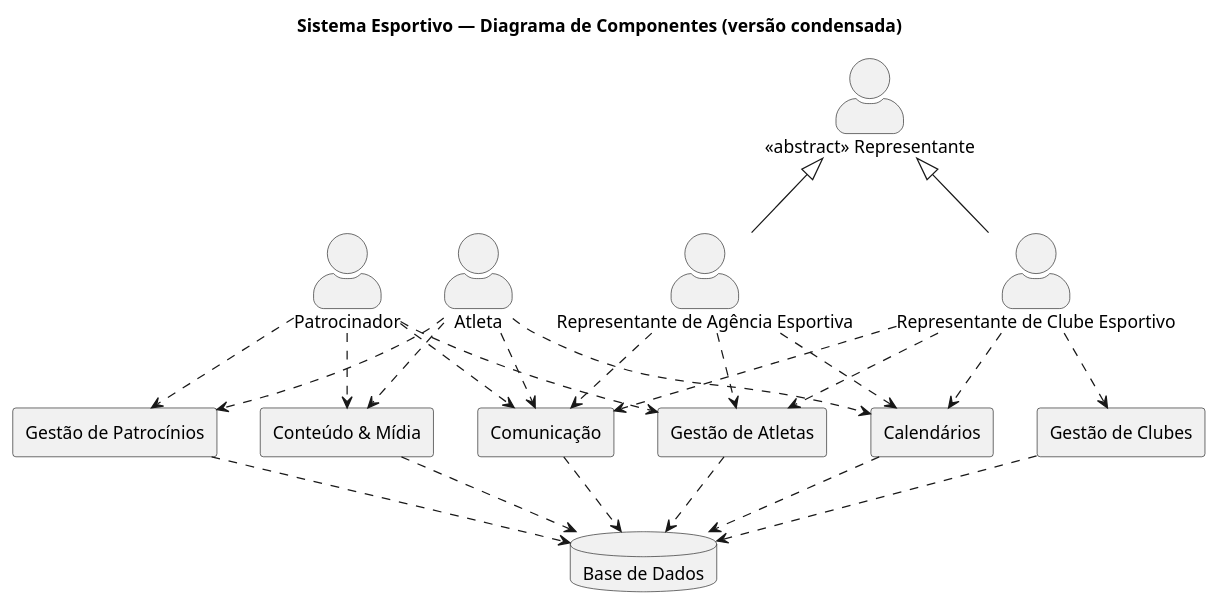
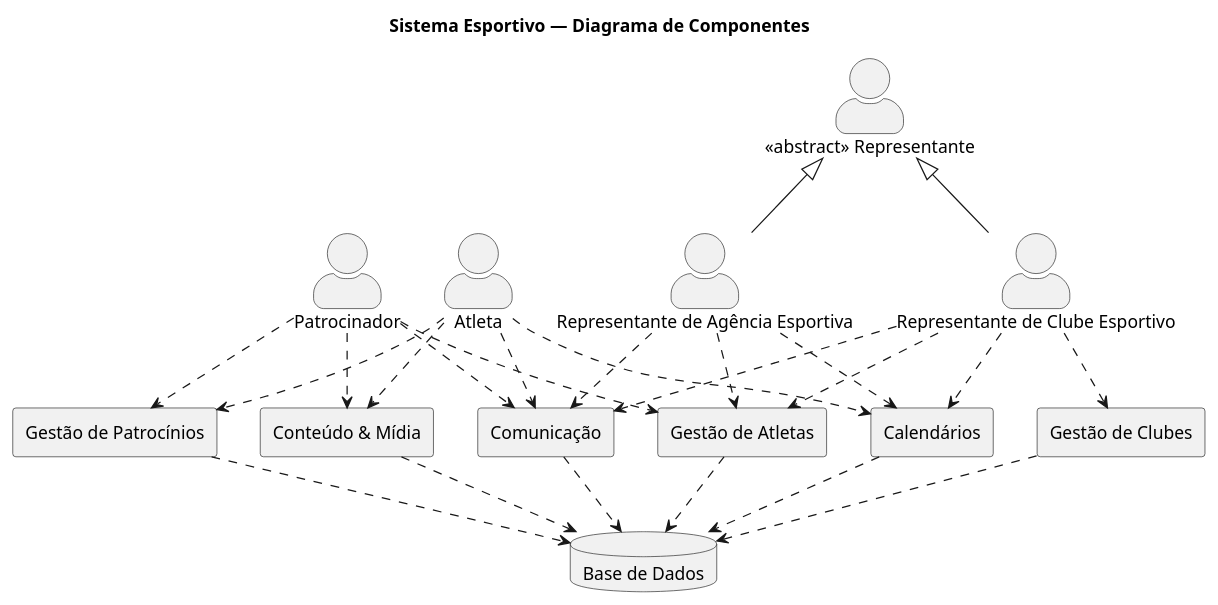
Before and after one commit to carloshenriquehannas/TCC: the diagram in Atletas/componentes-Atletas.puml, drawn with PlantUML. The commit also changed 7 other files, not shown here.

```diff
--- a/Atletas/componentes-Atletas.puml
+++ b/Atletas/componentes-Atletas.puml
@@ -1,53 +1,53 @@
-@startuml
-title Sistema Esportivo — Diagrama de Componentes (versão condensada)
+@startuml componentes - atletas
+title Sistema Esportivo — Diagrama de Componentes
 skinparam componentStyle rectangle
 skinparam actorStyle awesome
 
 component "Conteúdo & Mídia"      as ConteudoMidia
 component "Gestão de Patrocínios" as GestaoPatrocinios
 component "Gestão de Atletas"     as GestaoAtletas
 component "Gestão de Clubes"      as GestaoClubes
 component "Calendários"           as Calendarios
 component "Comunicação"           as Comunicacao
 database  "Base de Dados"         as BaseDeDados
 
 actor "Atleta" as Atleta
 actor "Patrocinador" as Patrocinador
 actor "<<abstract>> Representante" as Representante
 actor "Representante de Agência Esportiva" as RepAgencia
 actor "Representante de Clube Esportivo" as RepClube
 
 Representante <|-- RepAgencia
 Representante <|-- RepClube
 
 ' Relacionamentos do Atleta com componentes
 Atleta ..> ConteudoMidia
 Atleta ..> GestaoPatrocinios
 Atleta ..> Calendarios
 Atleta ..> Comunicacao
 
 ' Relacionamentos do Patrocinador com componentes (coerentes com uso real; sem acesso direto ao banco)
 Patrocinador ..> ConteudoMidia
 Patrocinador ..> GestaoPatrocinios
 Patrocinador ..> GestaoAtletas
 Patrocinador ..> Comunicacao
 
 ' Componentes acessam a base de dados
 ConteudoMidia      ..> BaseDeDados
 GestaoPatrocinios  ..> BaseDeDados
 GestaoAtletas      ..> BaseDeDados
 GestaoClubes       ..> BaseDeDados
 Calendarios        ..> BaseDeDados
 Comunicacao        ..> BaseDeDados
 
 ' Relacionamentos do Representante de Clube com componentes (sem relação com Gestão de Patrocínios)
 RepClube ..> GestaoClubes
 RepClube ..> GestaoAtletas
 RepClube ..> Calendarios
 RepClube ..> Comunicacao
 
 ' Relacionamentos do Representante de Agência Esportiva com componentes (sem relação com Gestão de Patrocínios)
 RepAgencia ..> GestaoAtletas
 RepAgencia ..> Calendarios
 RepAgencia ..> Comunicacao
 @enduml
```
